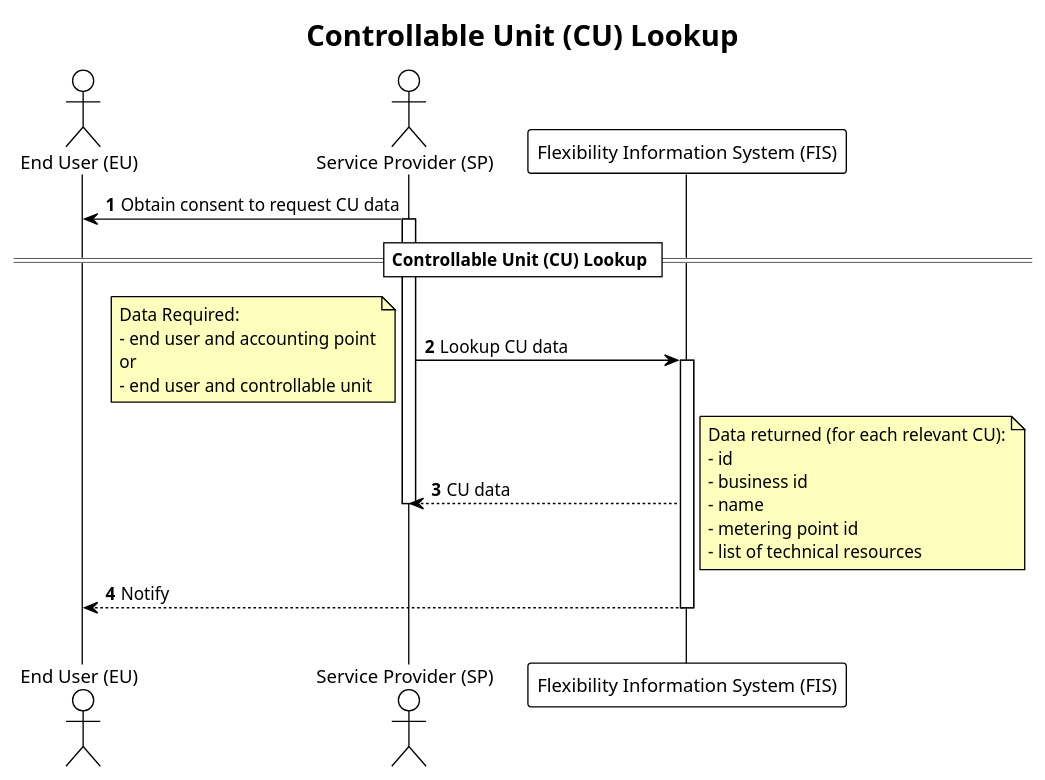
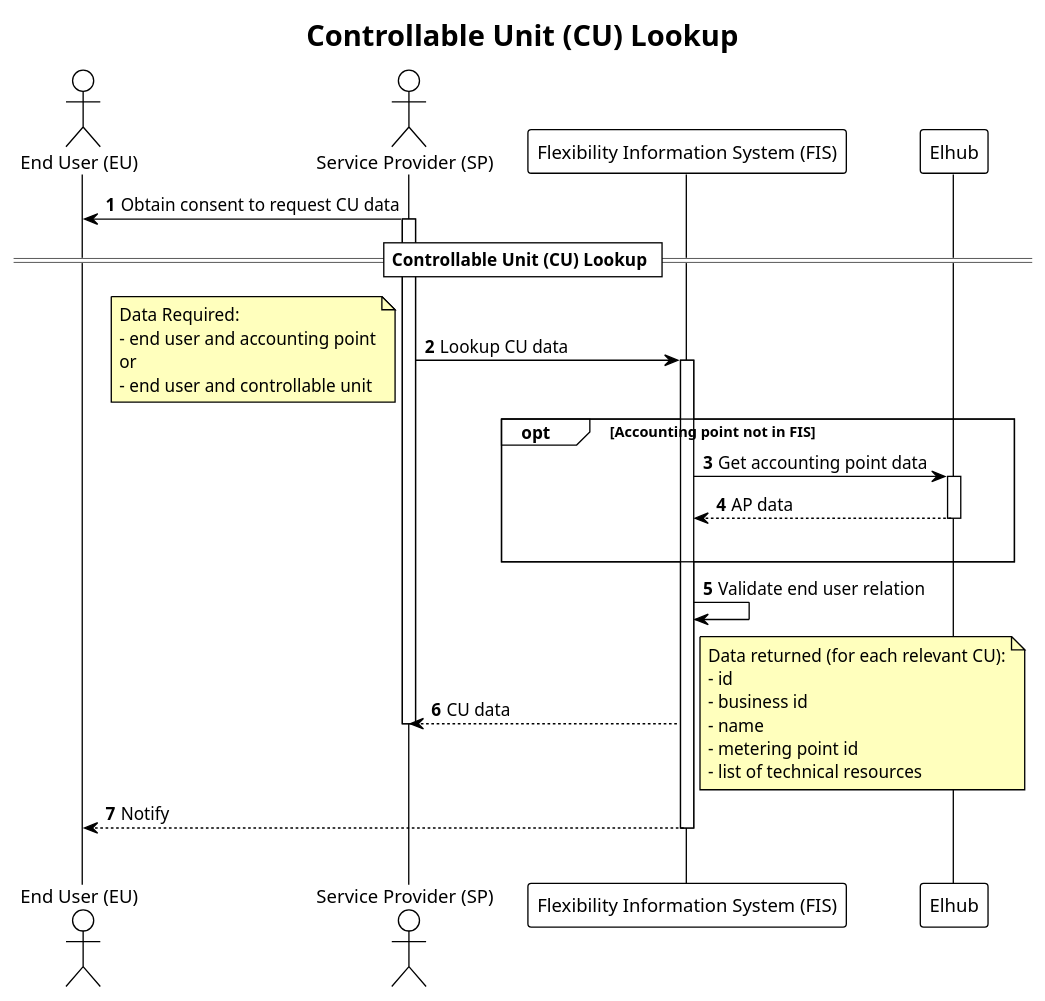
One commit to elhub/flex-information-system changed the diagram in docs/diagrams/controllable_unit_lookup.plantuml. Above: the diagram before and after it, drawn with PlantUML. The commit also changed 2 other files, not shown here.

```diff
--- a/docs/diagrams/controllable_unit_lookup.plantuml
+++ b/docs/diagrams/controllable_unit_lookup.plantuml
@@ -1,43 +1,52 @@
 @startuml controllable_unit_lookup
 !theme plain
 
 title Controllable Unit (CU) Lookup
 
 autonumber
 skinparam note {
     BackgroundColor #FFFFBD
 }
 
 actor "End User (EU)" AS EU
 actor "Service Provider (SP)" as SP
 participant "Flexibility Information System (FIS)" as FIS
+participant "Elhub" as ELHUB
 
 EU <- SP: Obtain consent to request CU data
 activate SP
 
 == Controllable Unit (CU) Lookup ==
 
 SP -> FIS: Lookup CU data
 note left
     Data Required:
     - end user and accounting point
     or
     - end user and controllable unit
 end note
 activate FIS
+opt Accounting point not in FIS
+    FIS -> ELHUB: Get accounting point data
+    activate ELHUB
+    ELHUB --> FIS: AP data
+    deactivate ELHUB
+    |||
+end
+FIS -> FIS: Validate end user relation
 FIS --> SP: CU data
 deactivate SP
 
 note right
     Data returned (for each relevant CU):
     - id
     - business id
     - name
     - metering point id
     - list of technical resources
 end note
 
 FIS --> EU: Notify
 deactivate FIS
 |||
 @enduml
```
